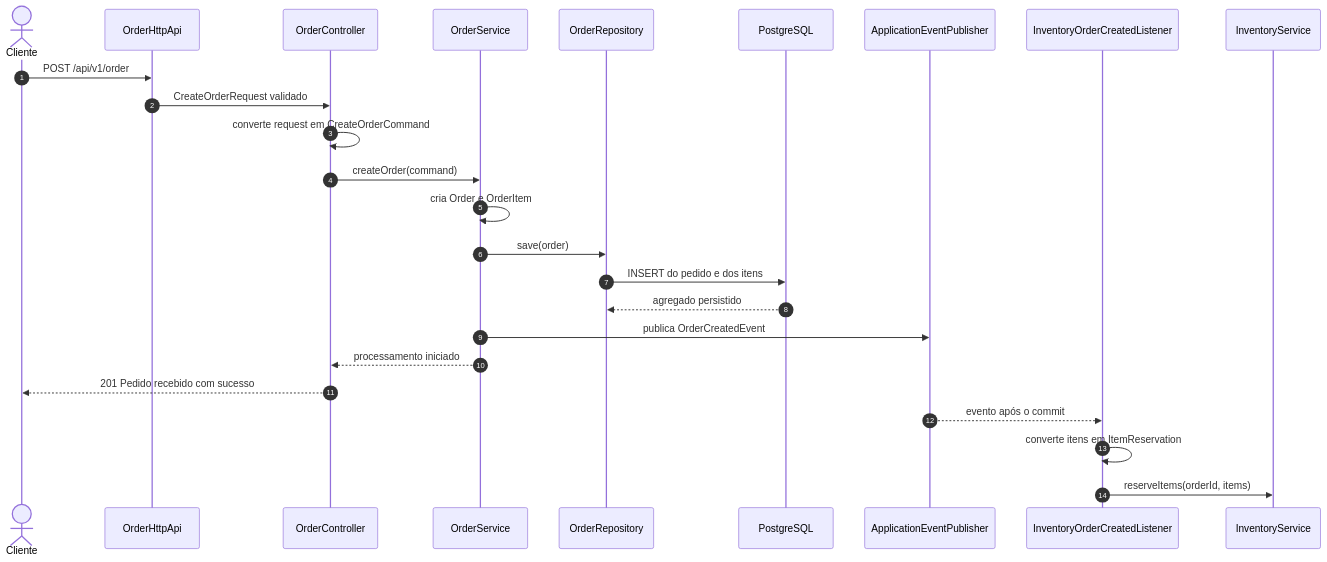
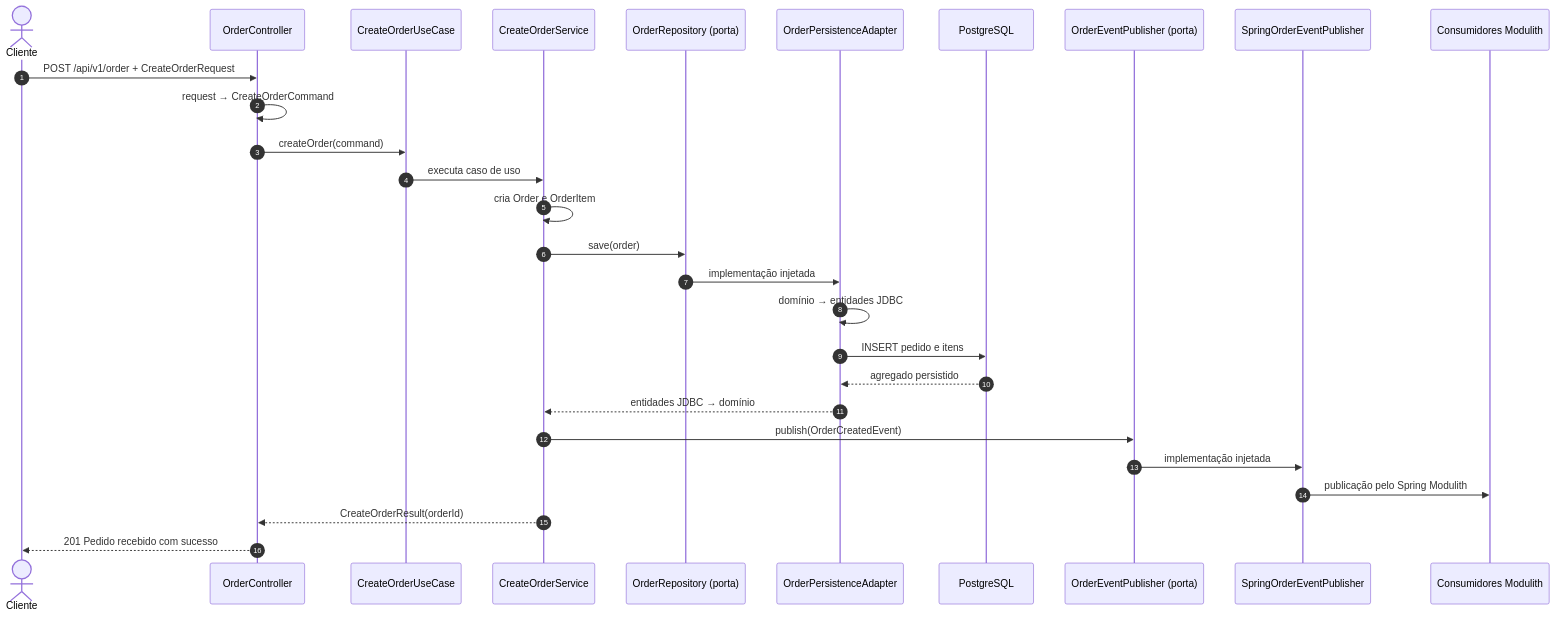
One commit to marcusvbrangel/ordermod changed the third of 3 diagrams in docs/architecture.md. Above: the diagram before and after it, drawn with Mermaid. The commit also changed other lines of this file and 48 other files, not shown here.

Commit message:
refactor: implement hexagonal architecture on project/module Order

````diff
--- a/docs/architecture.md
+++ b/docs/architecture.md
@@ -116,28 +152,31 @@
 ```mermaid
 sequenceDiagram
     autonumber
     actor Client as Cliente
-    participant API as OrderHttpApi
     participant Controller as OrderController
-    participant Service as OrderService
-    participant Repository as OrderRepository
+    participant InPort as CreateOrderUseCase
+    participant Service as CreateOrderService
+    participant Repository as OrderRepository (porta)
+    participant Jdbc as OrderPersistenceAdapter
     participant Database as PostgreSQL
-    participant Events as ApplicationEventPublisher
-    participant Listener as InventoryOrderCreatedListener
-    participant Inventory as InventoryService
+    participant EventPort as OrderEventPublisher (porta)
+    participant Events as SpringOrderEventPublisher
+    participant Listener as Consumidores Modulith
 
-    Client->>API: POST /api/v1/order
-    API->>Controller: CreateOrderRequest validado
-    Controller->>Controller: converte request em CreateOrderCommand
-    Controller->>Service: createOrder(command)
+    Client->>Controller: POST /api/v1/order + CreateOrderRequest
+    Controller->>Controller: request → CreateOrderCommand
+    Controller->>InPort: createOrder(command)
+    InPort->>Service: executa caso de uso
     Service->>Service: cria Order e OrderItem
     Service->>Repository: save(order)
-    Repository->>Database: INSERT do pedido e dos itens
-    Database-->>Repository: agregado persistido
-    Service->>Events: publica OrderCreatedEvent
-    Service-->>Controller: processamento iniciado
+    Repository->>Jdbc: implementação injetada
+    Jdbc->>Jdbc: domínio → entidades JDBC
+    Jdbc->>Database: INSERT pedido e itens
+    Database-->>Jdbc: agregado persistido
+    Jdbc-->>Service: entidades JDBC → domínio
+    Service->>EventPort: publish(OrderCreatedEvent)
+    EventPort->>Events: implementação injetada
+    Events->>Listener: publicação pelo Spring Modulith
+    Service-->>Controller: CreateOrderResult(orderId)
     Controller-->>Client: 201 Pedido recebido com sucesso
-    Events-->>Listener: evento após o commit
-    Listener->>Listener: converte itens em ItemReservation
-    Listener->>Inventory: reserveItems(orderId, items)
 ```
````
